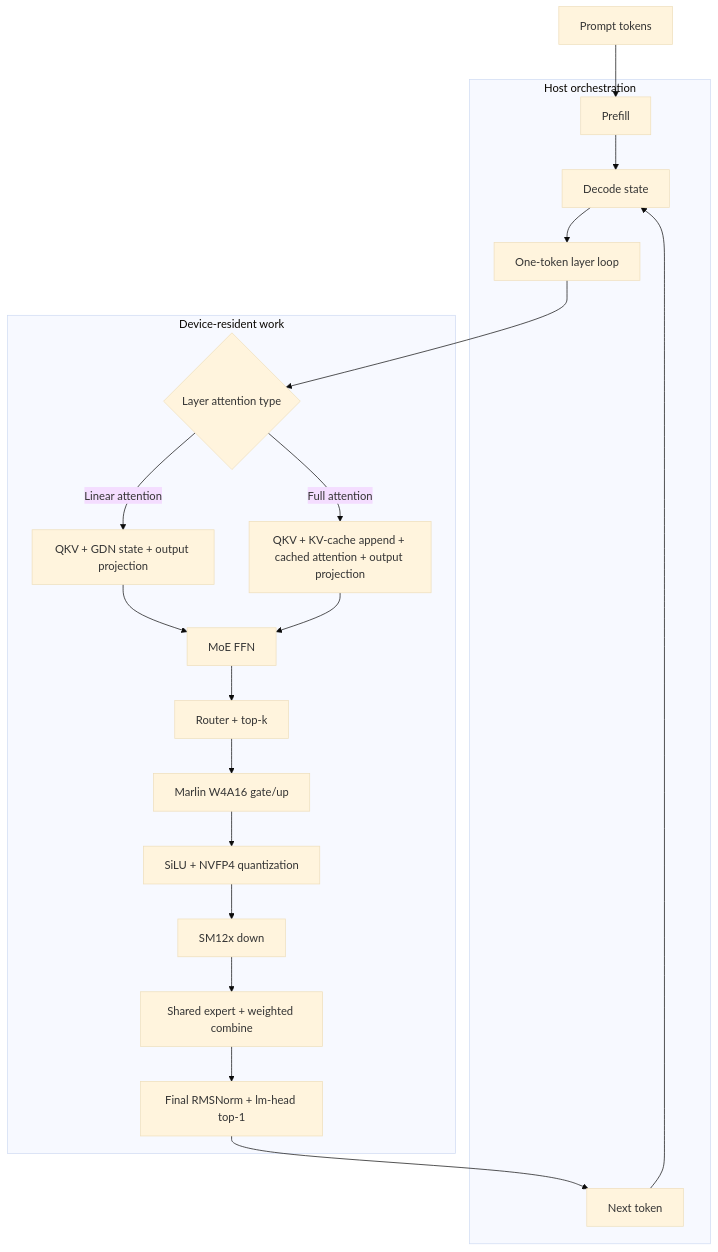
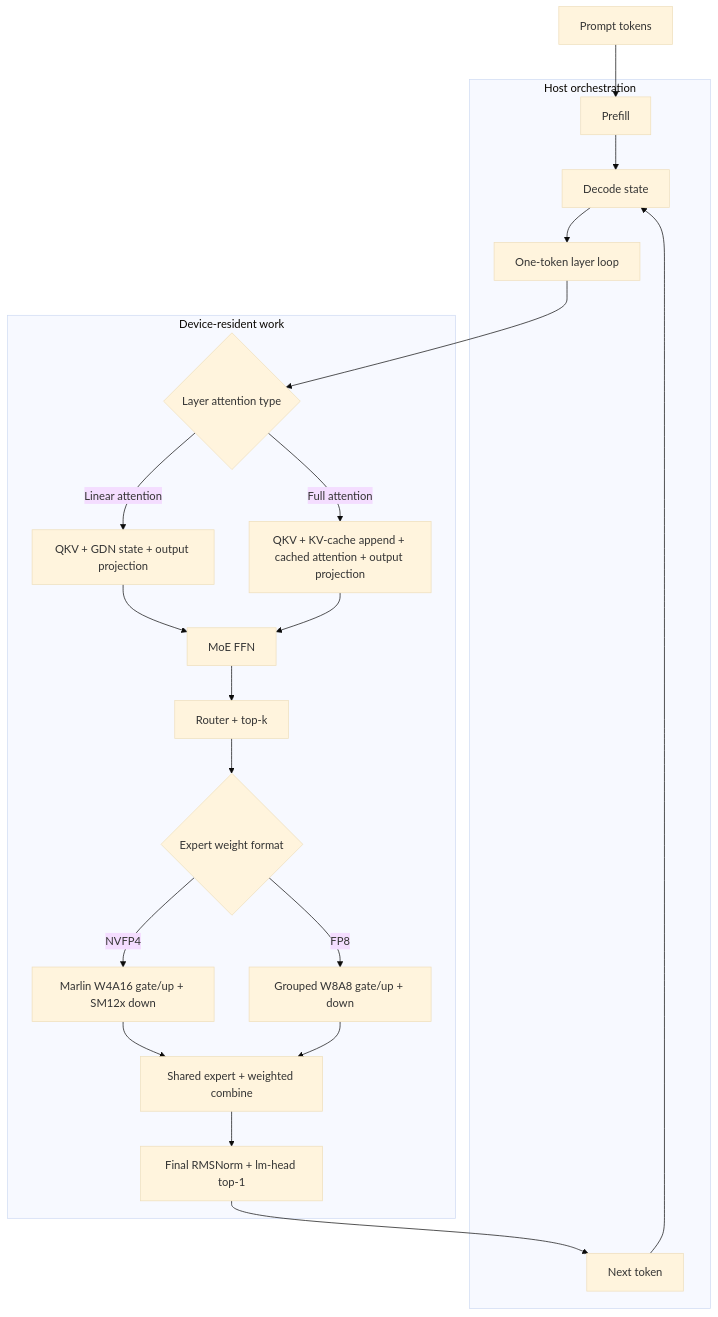
Before and after one commit to rdaum/eider: the diagram in README.md, drawn with Mermaid (base theme). The commit also changed other lines of this file and 8 other files, not shown here.

````diff
--- a/README.md
+++ b/README.md
@@ -96,38 +102,39 @@
 ```mermaid
 flowchart TD
     A[Prompt tokens] --> B[Prefill]
     B --> C[Decode state]
     C --> D[One-token layer loop]
     D --> E{Layer attention type}
     E -->|Linear attention| F[QKV + GDN state + output projection]
     E -->|Full attention| G[QKV + KV-cache append + cached attention + output projection]
     F --> H[MoE FFN]
     G --> H
     H --> I[Router + top-k]
-    I --> J[Marlin W4A16 gate/up]
-    J --> K[SiLU + NVFP4 quantization]
-    K --> L[SM12x down]
-    L --> M[Shared expert + weighted combine]
+    I --> J{Expert weight format}
+    J -->|NVFP4| K[Marlin W4A16 gate/up + SM12x down]
+    J -->|FP8| L[Grouped W8A8 gate/up + down]
+    K --> M[Shared expert + weighted combine]
+    L --> M
     M --> N[Final RMSNorm + lm-head top-1]
     N --> O[Next token]
     O --> C
 
     subgraph Host[Host orchestration]
         B
         C
         D
         O
     end
     subgraph Device[Device-resident work]
         E
         F
         G
         H
         I
         J
         K
         L
         M
         N
     end
 ```
````
